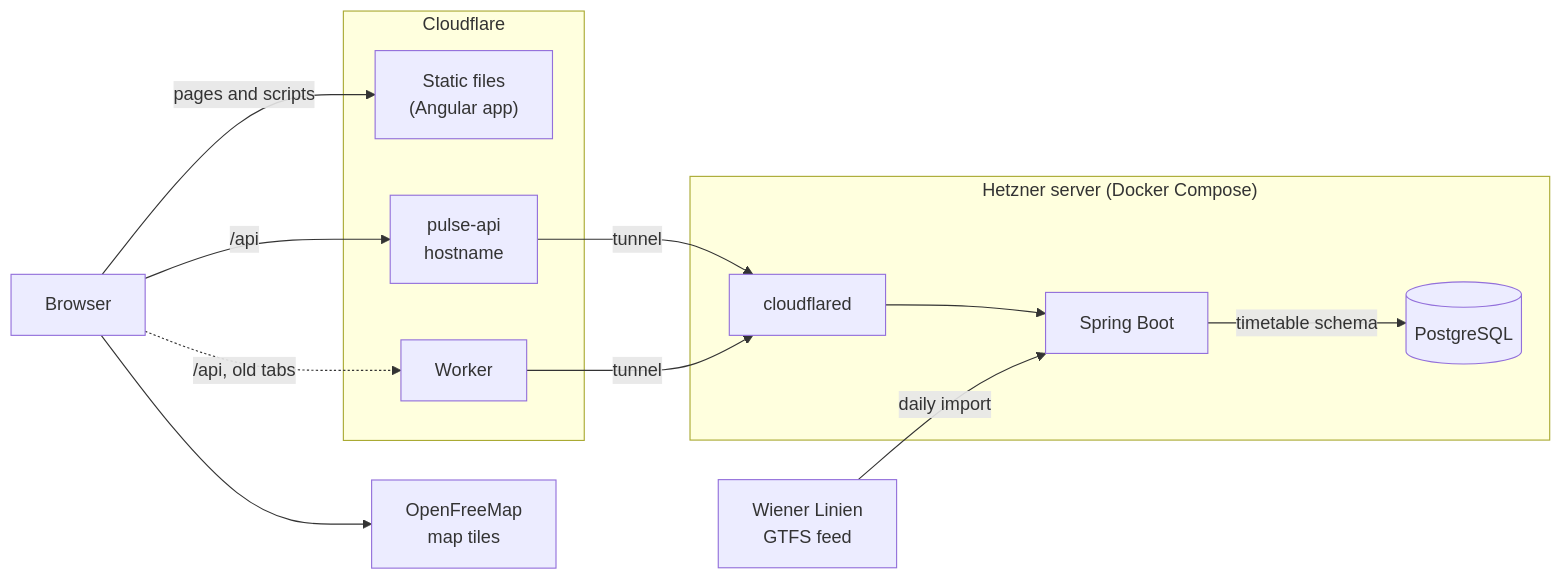
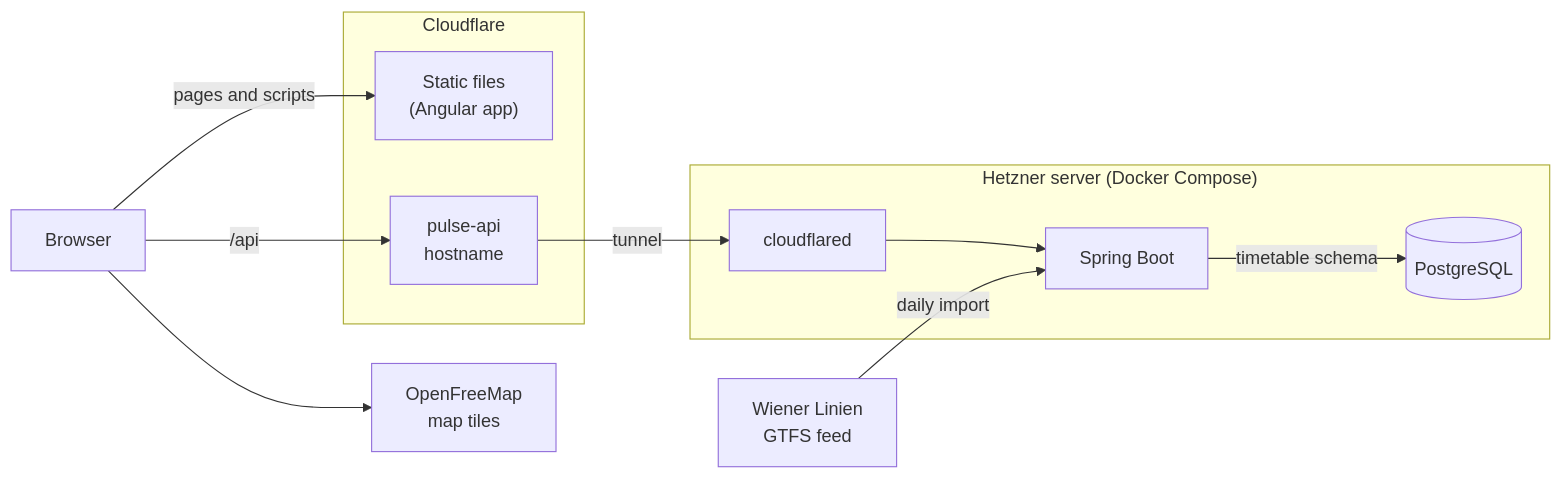
One commit to vlad-dancea/vienna-pulse-v2 changed the diagram in README.md. Above: the diagram before and after it, drawn with Mermaid. The commit also changed other lines of this file and 10 other files, not shown here.

````diff
--- a/README.md
+++ b/README.md
@@ -17,25 +17,22 @@
 ```mermaid
 flowchart LR
     browser["Browser"]
     tiles["OpenFreeMap<br/>map tiles"]
     feed["Wiener Linien<br/>GTFS feed"]
     subgraph cloudflare["Cloudflare"]
         assets["Static files<br/>(Angular app)"]
         api["pulse-api<br/>hostname"]
-        worker["Worker"]
     end
     subgraph server["Hetzner server (Docker Compose)"]
         cloudflared["cloudflared"]
         backend["Spring Boot"]
         postgres[("PostgreSQL")]
     end
     browser -->|"pages and scripts"| assets
     browser -->|"/api"| api
-    browser -.->|"/api, old tabs"| worker
     browser --> tiles
     api -->|"tunnel"| cloudflared
-    worker -->|"tunnel"| cloudflared
     cloudflared --> backend
     backend -->|"timetable schema"| postgres
     feed -->|"daily import"| backend
 ```
````
